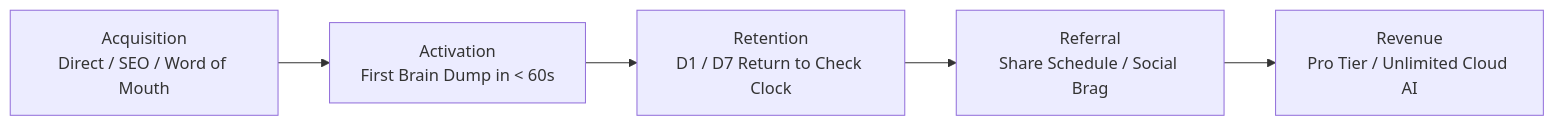
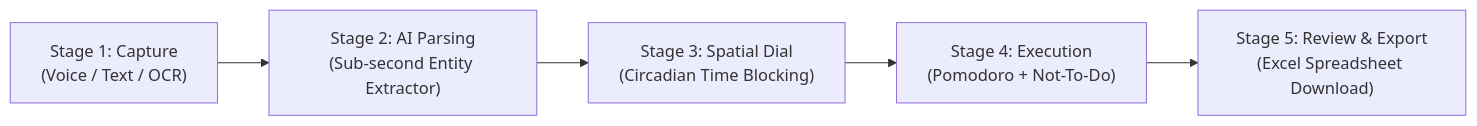
The diagram in PRODUCT_TEARDOWN.md (aaryanbhargava75/https-smartplanner-pro.vercel.app-), drawn with Mermaid before and after one commit. The commit also changed other lines of this file and 2 other files, not shown here.

````diff
--- a/PRODUCT_TEARDOWN.md
+++ b/PRODUCT_TEARDOWN.md
@@ -120,7 +92,7 @@
 ```mermaid
-flowchart LR
-    A["Acquisition<br/>Direct / SEO / Word of Mouth"] --> B["Activation<br/>First Brain Dump in < 60s"]
-    B --> C["Retention<br/>D1 / D7 Return to Check Clock"]
-    C --> D["Referral<br/>Share Schedule / Social Brag"]
-    D --> E["Revenue<br/>Pro Tier / Unlimited Cloud AI"]
+graph LR
+    A["Stage 1: Capture<br/>(Voice / Text / OCR)"] --> B["Stage 2: AI Parsing<br/>(Sub-second Entity Extractor)"]
+    B --> C["Stage 3: Spatial Dial<br/>(Circadian Time Blocking)"]
+    C --> D["Stage 4: Execution<br/>(Pomodoro + Not-To-Do)"]
+    D --> E["Stage 5: Review & Export<br/>(Excel Spreadsheet Download)"]
 ```
````
